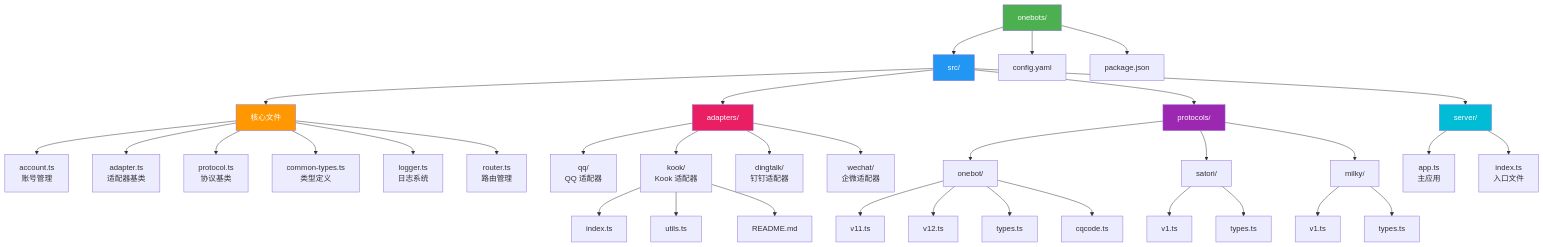
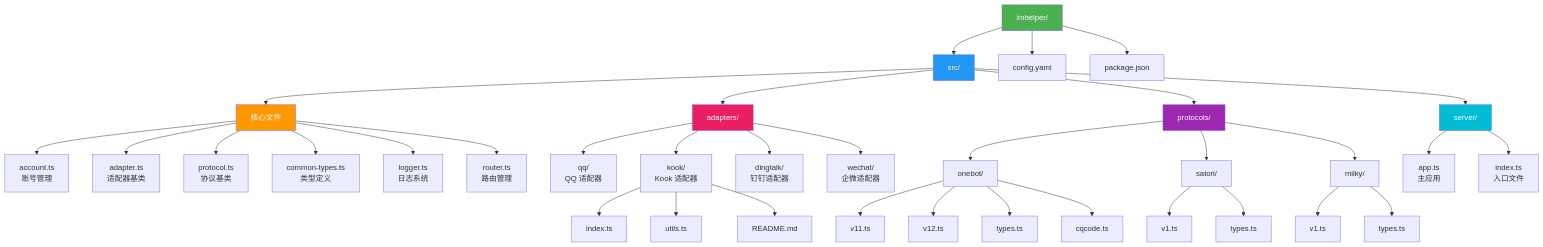
The eighth of 9 diagrams in architecture-diagrams.md (Ckid-Home/onebots), drawn with Mermaid before and after one commit. The commit also changed other lines of this file and 294 other files, not shown here.

````diff
--- a/architecture-diagrams.md
+++ b/architecture-diagrams.md
@@ -484,54 +484,54 @@
 ```mermaid
 graph TD
-    Root["onebots/"]
+    Root["imhelper/"]
     
     Root --> Src["src/"]
     Root --> Config["config.yaml"]
     Root --> Package["package.json"]
     
     Src --> CoreFiles["核心文件"]
     Src --> Adapters["adapters/"]
     Src --> Protocols["protocols/"]
     Src --> Server["server/"]
     
     CoreFiles --> Account["account.ts<br/>账号管理"]
     CoreFiles --> Adapter["adapter.ts<br/>适配器基类"]
     CoreFiles --> Protocol["protocol.ts<br/>协议基类"]
     CoreFiles --> Types["common-types.ts<br/>类型定义"]
     CoreFiles --> Logger["logger.ts<br/>日志系统"]
     CoreFiles --> Router["router.ts<br/>路由管理"]
     
     Adapters --> QQ["qq/<br/>QQ 适配器"]
     Adapters --> Kook["kook/<br/>Kook 适配器"]
     Adapters --> DingTalk["dingtalk/<br/>钉钉适配器"]
     Adapters --> WeChat["wechat/<br/>企微适配器"]
     
     Kook --> KookIndex["index.ts"]
     Kook --> KookUtils["utils.ts"]
     Kook --> KookReadme["README.md"]
     
     Protocols --> OneBot["onebot/"]
     Protocols --> Satori["satori/"]
     Protocols --> Milky["milky/"]
     
     OneBot --> V11["v11.ts"]
     OneBot --> V12["v12.ts"]
     OneBot --> OBTypes["types.ts"]
     OneBot --> CQCode["cqcode.ts"]
     
     Satori --> SatV1["v1.ts"]
     Satori --> SatTypes["types.ts"]
     
     Milky --> MlkV1["v1.ts"]
     Milky --> MlkTypes["types.ts"]
     
     Server --> App["app.ts<br/>主应用"]
     Server --> Index["index.ts<br/>入口文件"]
     
     style Root fill:#4caf50,color:#fff
     style Src fill:#2196f3,color:#fff
     style CoreFiles fill:#ff9800,color:#fff
     style Adapters fill:#e91e63,color:#fff
     style Protocols fill:#9c27b0,color:#fff
     style Server fill:#00bcd4,color:#fff
 ```
````
